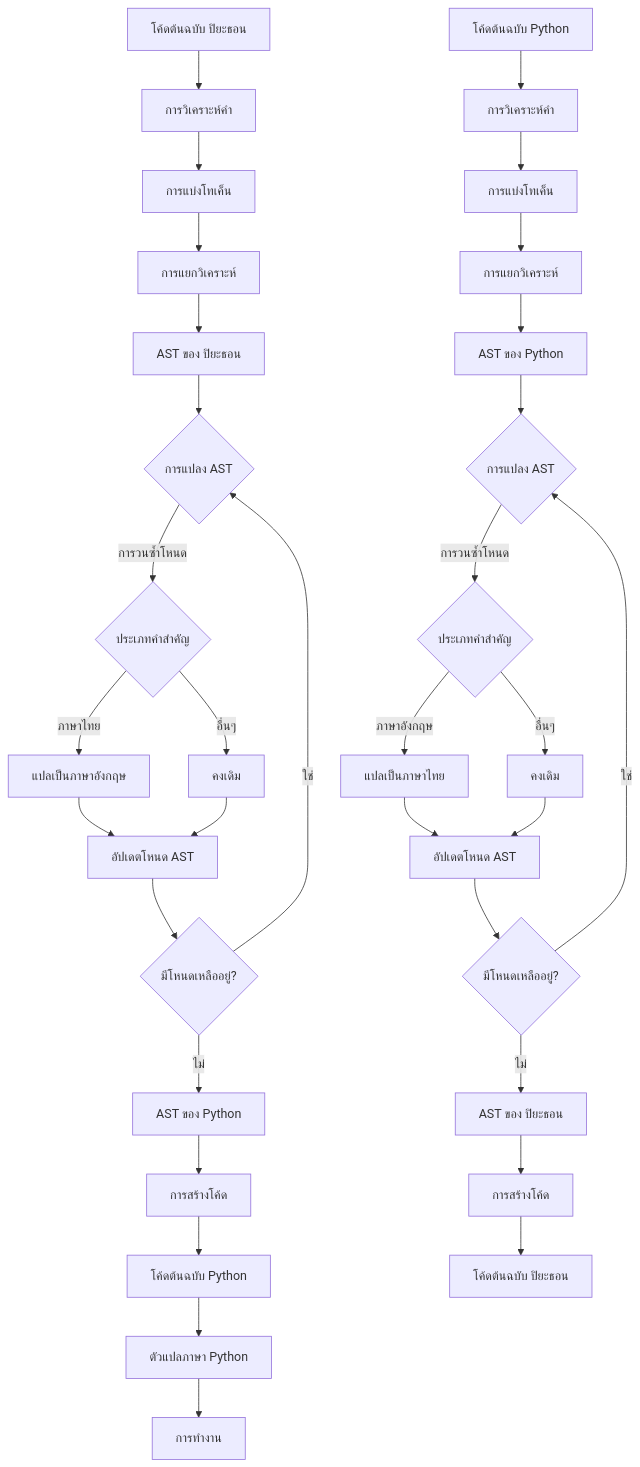
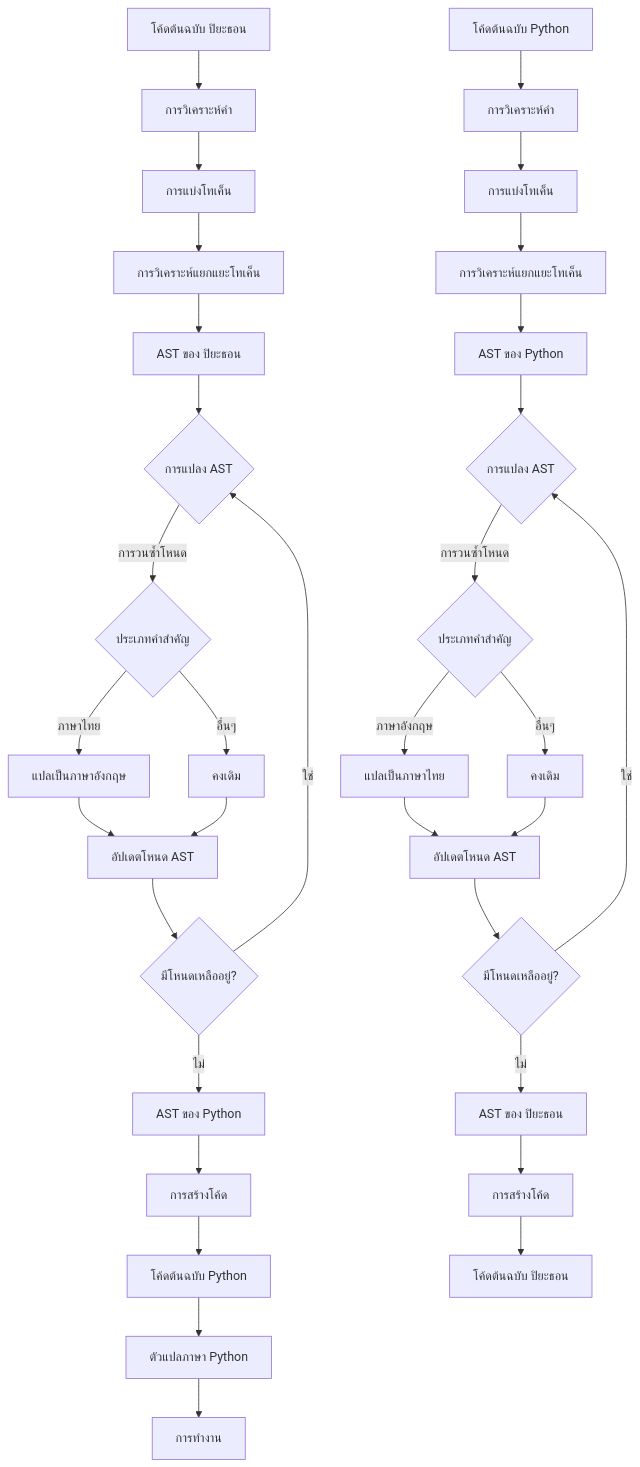
One commit to piyawish/piyathon changed the fourth of 4 diagrams in docs/how_it_works.md. Above: the diagram before and after it, drawn with Mermaid. The commit also changed 3 other files, not shown here.

````diff
--- a/docs/how_it_works.md
+++ b/docs/how_it_works.md
@@ -96,36 +96,36 @@
 ```mermaid
 graph TD
     A[โค้ดต้นฉบับ ปิยะธอน] --> B[การวิเคราะห์คำ]
     B --> C[การแบ่งโทเค็น]
-    C --> D[การแยกวิเคราะห์]
+    C --> D[การวิเคราะห์แยกแยะโทเค็น]
     D --> E[AST ของ ปิยะธอน]
     E --> F{การแปลง AST}
     F -->|การวนซ้ำโหนด| G{ประเภทคำสำคัญ}
     G -->|ภาษาไทย| H[แปลเป็นภาษาอังกฤษ]
     G -->|อื่นๆ| I[คงเดิม]
     H --> J[อัปเดตโหนด AST]
     I --> J
     J --> K{มีโหนดเหลืออยู่?}
     K -->|ใช่| F
     K -->|ไม่| L[AST ของ Python]
     L --> M[การสร้างโค้ด]
     M --> N[โค้ดต้นฉบับ Python]
     N --> O[ตัวแปลภาษา Python]
     O --> P[การทำงาน]
 
     Q[โค้ดต้นฉบับ Python] --> R[การวิเคราะห์คำ]
     R --> S[การแบ่งโทเค็น]
-    S --> T[การแยกวิเคราะห์]
+    S --> T[การวิเคราะห์แยกแยะโทเค็น]
     T --> U[AST ของ Python]
     U --> V{การแปลง AST}
     V -->|การวนซ้ำโหนด| W{ประเภทคำสำคัญ}
     W -->|ภาษาอังกฤษ| X[แปลเป็นภาษาไทย]
     W -->|อื่นๆ| Y[คงเดิม]
     X --> Z[อัปเดตโหนด AST]
     Y --> Z
     Z --> AA{มีโหนดเหลืออยู่?}
     AA -->|ใช่| V
     AA -->|ไม่| AB[AST ของ ปิยะธอน]
     AB --> AC[การสร้างโค้ด]
     AC --> AD[โค้ดต้นฉบับ ปิยะธอน]
 ```
````
